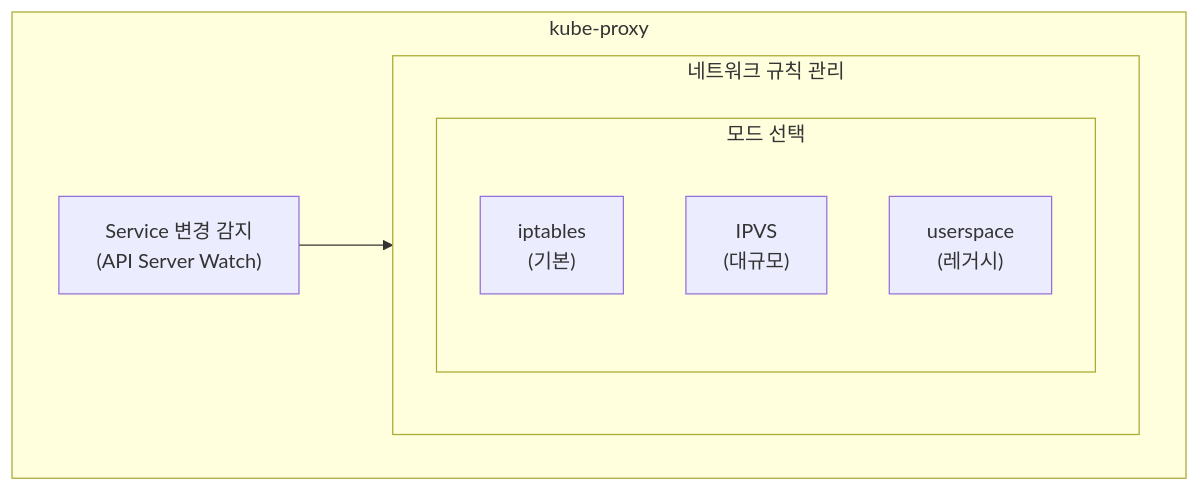
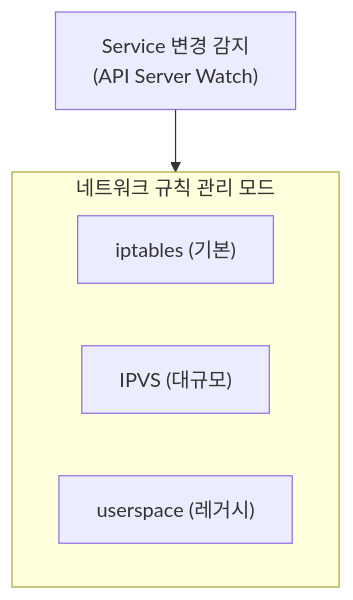
One commit to K-Diger/k-diger.github.io changed diagram 11 of 16 in _posts/2025-12-23-kubernetes-02-architecture.md. Above: the diagram before and after it, drawn with Mermaid. The commit also changed other lines of this file and 13 other files, not shown here.

````diff
--- a/_posts/2025-12-23-kubernetes-02-architecture.md
+++ b/_posts/2025-12-23-kubernetes-02-architecture.md
@@ -375,14 +353,12 @@
 ```mermaid
 flowchart TB
-    subgraph KubeProxy["kube-proxy"]
-        Watch["Service 변경 감지<br/>(API Server Watch)"]
-        subgraph Rules["네트워크 규칙 관리"]
-            subgraph Modes["모드 선택"]
-                IPT["iptables<br/>(기본)"]
-                IPVS["IPVS<br/>(대규모)"]
-                US["userspace<br/>(레거시)"]
-            end
-        end
+    Watch["Service 변경 감지<br/>(API Server Watch)"]
+
+    subgraph Modes["네트워크 규칙 관리 모드"]
+        IPT["iptables (기본)"]
+        IPVS["IPVS (대규모)"]
+        US["userspace (레거시)"]
     end
-    Watch --> Rules
+
+    Watch --> Modes
 ```
````
